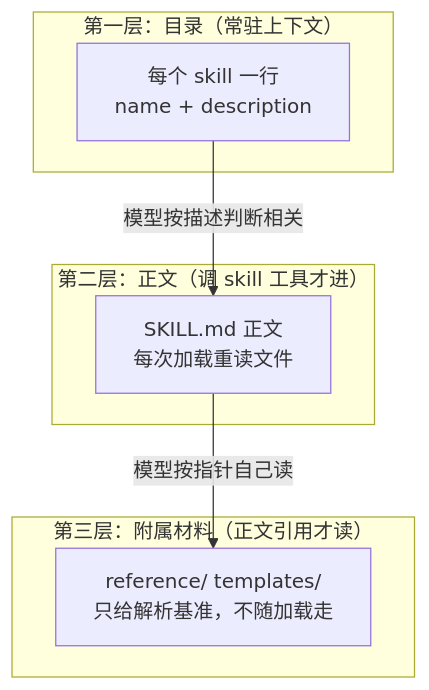
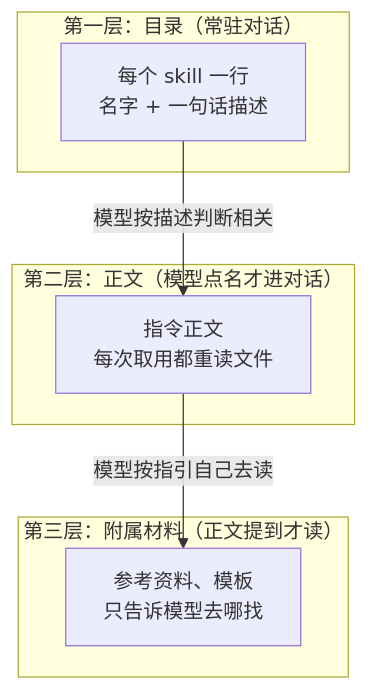
The first of 2 diagrams in dsh 插件开发学习/13-用 Skill 固化提示词与规则.md (anthonyzhao-4926/blog), drawn with Mermaid before and after one commit. The commit also changed other lines of this file and 38 other files, not shown here.

````diff
--- a/dsh 插件开发学习/13-用 Skill 固化提示词与规则.md
+++ b/dsh 插件开发学习/13-用 Skill 固化提示词与规则.md
@@ -39,14 +39,14 @@
 ```mermaid
 flowchart TD
-    subgraph L1["第一层：目录（常驻上下文）"]
-        A["每个 skill 一行<br/>name + description"]
+    subgraph L1["第一层：目录（常驻对话）"]
+        A["每个 skill 一行<br/>名字 + 一句话描述"]
     end
-    subgraph L2["第二层：正文（调 skill 工具才进）"]
-        B["SKILL.md 正文<br/>每次加载重读文件"]
+    subgraph L2["第二层：正文（模型点名才进对话）"]
+        B["指令正文<br/>每次取用都重读文件"]
     end
-    subgraph L3["第三层：附属材料（正文引用才读）"]
-        C["reference/ templates/<br/>只给解析基准，不随加载走"]
+    subgraph L3["第三层：附属材料（正文提到才读）"]
+        C["参考资料、模板<br/>只告诉模型去哪找"]
     end
     A -->|"模型按描述判断相关"| B
-    B -->|"模型按指针自己读"| C
+    B -->|"模型按指引自己去读"| C
 ```
````
